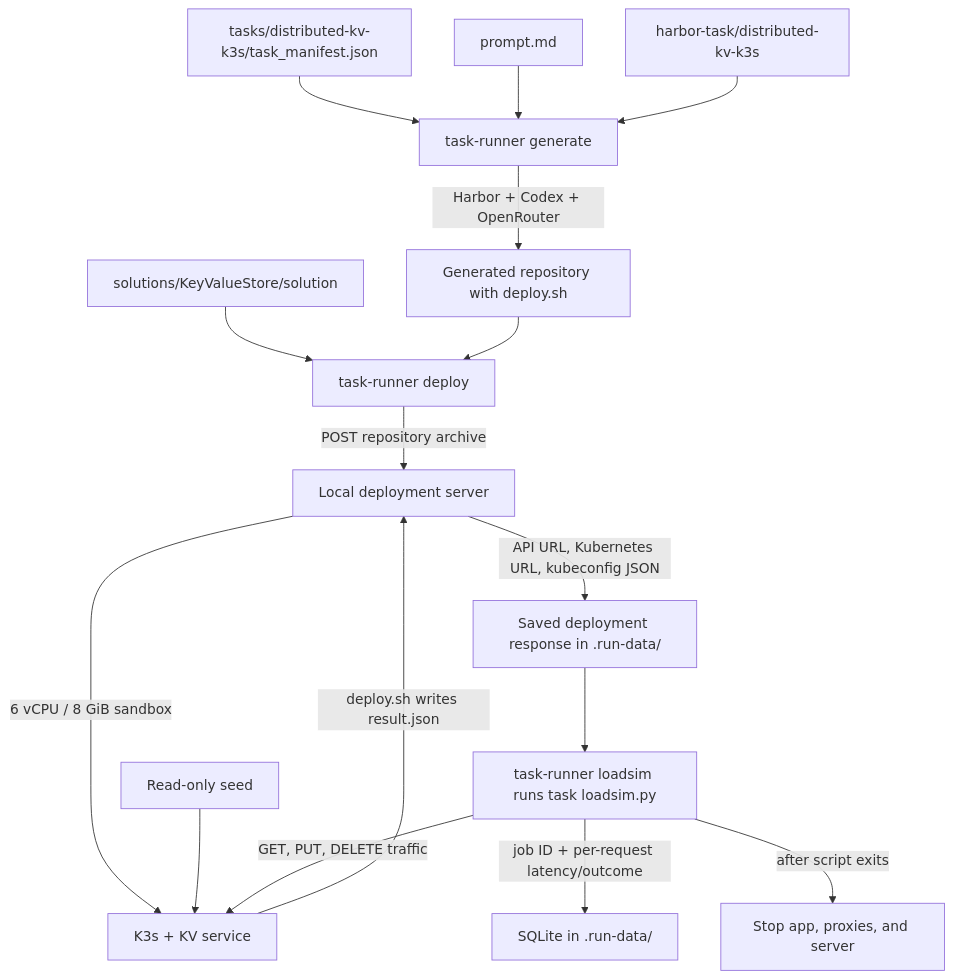
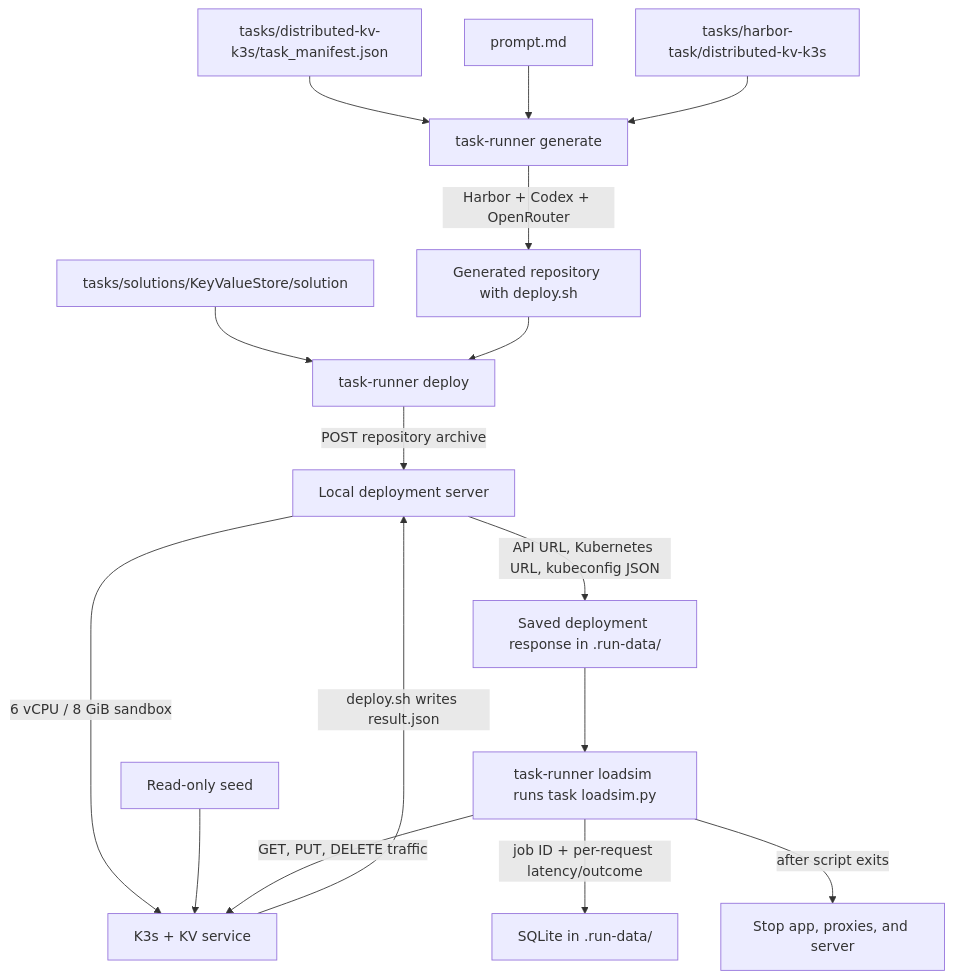
The diagram in README.md (Akshath-Nagulapally/System-Design-RL-Task), drawn with Mermaid before and after one commit. The commit also changed other lines of this file and 39 other files, not shown here.

Commit message:
Move Harbor tasks and solutions under tasks root

````diff
--- a/README.md
+++ b/README.md
@@ -11,18 +25,18 @@
 ```mermaid
 flowchart TD
     Manifest["tasks/distributed-kv-k3s/task_manifest.json"] --> Generate["task-runner generate"]
     Prompt["prompt.md"] --> Generate
-    HarborTask["harbor-task/distributed-kv-k3s"] --> Generate
+    HarborTask["tasks/harbor-task/distributed-kv-k3s"] --> Generate
     Generate -->|"Harbor + Codex + OpenRouter"| Generated["Generated repository with deploy.sh"]
-    Reference["solutions/KeyValueStore/solution"] --> Deploy["task-runner deploy"]
+    Reference["tasks/solutions/KeyValueStore/solution"] --> Deploy["task-runner deploy"]
     Generated --> Deploy
     Deploy -->|"POST repository archive"| Server["Local deployment server"]
     Server -->|"6 vCPU / 8 GiB sandbox"| App["K3s + KV service"]
     Seed["Read-only seed"] --> App
     App -->|"deploy.sh writes result.json"| Server
     Server -->|"API URL, Kubernetes URL, kubeconfig JSON"| Saved["Saved deployment response in .run-data/"]
     Saved --> Load["task-runner loadsim runs task loadsim.py"]
     Load -->|"GET, PUT, DELETE traffic"| App
     Load -->|"job ID + per-request latency/outcome"| DB["SQLite in .run-data/"]
     Load -->|"after script exits"| Cleanup["Stop app, proxies, and server"]
 ```
````
